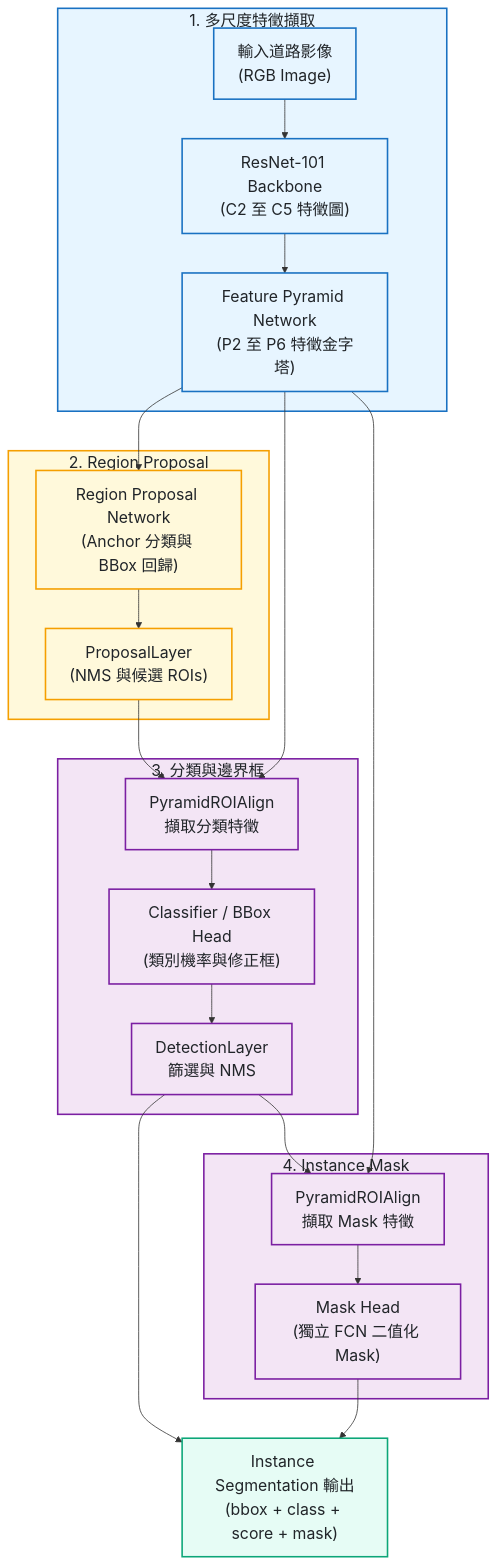
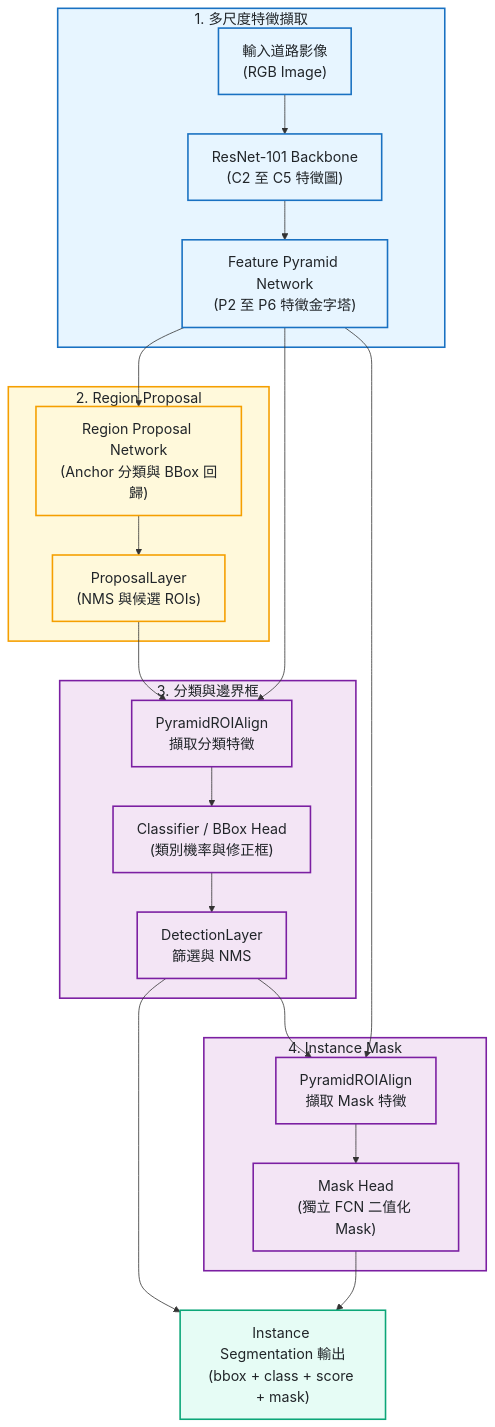
One commit to kuotunyu/mask-rcnn-road changed the second of 2 diagrams in README.md. Above: the diagram before and after it, drawn with Mermaid. The commit also changed other lines of this file, not shown here.

````diff
--- a/README.md
+++ b/README.md
@@ -70,36 +49,36 @@
 ```mermaid
-%%{init: {'themeVariables': {'fontSize': '20px'}}}%%
+%%{init: {'themeVariables': {'fontSize': '18px'}}}%%
 flowchart TD
     subgraph FeatureStage ["1. 多尺度特徵擷取"]
         Input["輸入道路影像<br/>(RGB Image)"] --> Backbone["ResNet-101 Backbone<br/>(C2 至 C5 特徵圖)"]
         Backbone --> FPN["Feature Pyramid Network<br/>(P2 至 P6 特徵金字塔)"]
     end
 
     subgraph ProposalStage ["2. Region Proposal"]
         FPN --> RPN["Region Proposal Network<br/>(Anchor 分類與 BBox 回歸)"]
         RPN --> Proposals["ProposalLayer<br/>(NMS 與候選 ROIs)"]
     end
 
     subgraph DetectionStage ["3. 分類與邊界框"]
         Proposals & FPN --> ClassROI["PyramidROIAlign<br/>擷取分類特徵"]
         ClassROI --> ClassHead["Classifier / BBox Head<br/>(類別機率與修正框)"]
         ClassHead --> Detections["DetectionLayer<br/>篩選與 NMS"]
     end
 
     subgraph MaskStage ["4. Instance Mask"]
         Detections & FPN --> MaskROI["PyramidROIAlign<br/>擷取 Mask 特徵"]
         MaskROI --> MaskHead["Mask Head<br/>(獨立 FCN 二值化 Mask)"]
     end
 
     Detections & MaskHead --> Output["Instance Segmentation 輸出<br/>(bbox + class + score + mask)"]
 
     classDef featStyle fill:#e7f5ff,stroke:#1971c2,stroke-width:2px,color:#212529
     classDef propStyle fill:#fff9db,stroke:#f59f00,stroke-width:2px,color:#212529
     classDef headStyle fill:#f3e5f5,stroke:#7b1fa2,stroke-width:2px,color:#212529
     classDef outStyle fill:#e6fcf5,stroke:#0ca678,stroke-width:2px,color:#212529
 
     class FeatureStage,Input,Backbone,FPN featStyle
     class ProposalStage,RPN,Proposals propStyle
     class DetectionStage,ClassROI,ClassHead,Detections,MaskStage,MaskROI,MaskHead headStyle
     class Output outStyle
 ```
````
